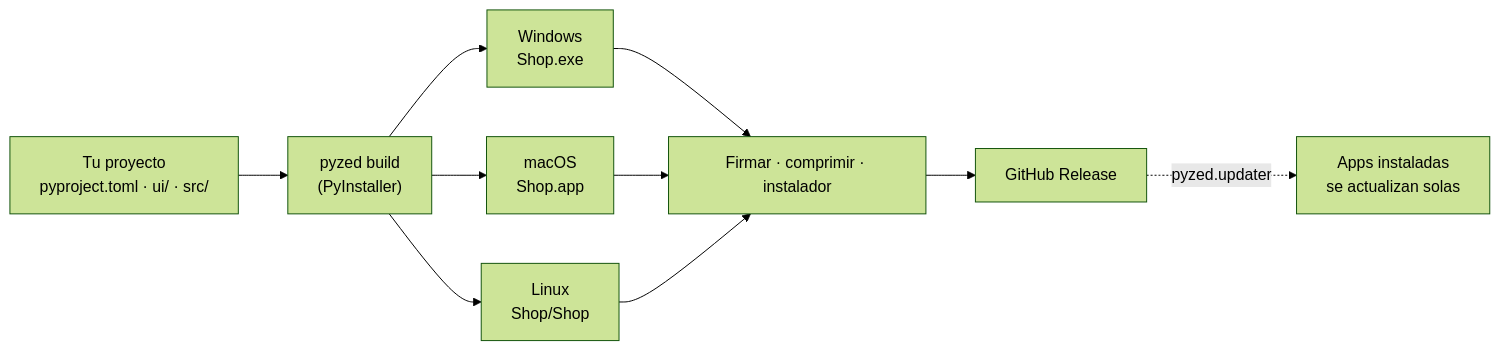
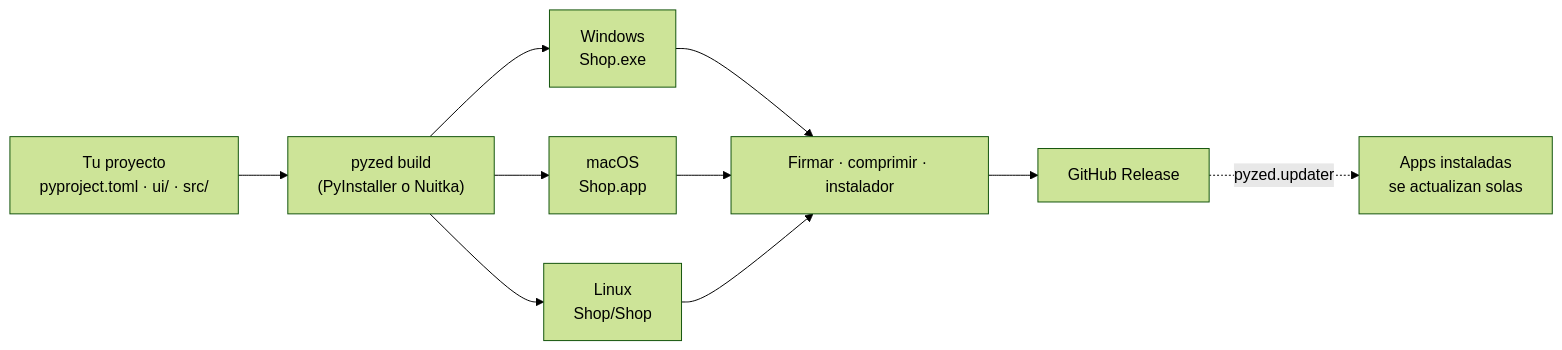
Before and after one commit to albakore/pyzed: the diagram in docs/src/content/docs/es/packaging/index.mdx, drawn with Mermaid (forest theme). The commit also changed other lines of this file and 29 other files, not shown here.

````diff
--- a/docs/src/content/docs/es/packaging/index.mdx
+++ b/docs/src/content/docs/es/packaging/index.mdx
@@ -47,12 +48,12 @@
 ```mermaid
 flowchart LR
-    P["Tu proyecto<br/>pyproject.toml · ui/ · src/"] --> B["pyzed build<br/>(PyInstaller)"]
+    P["Tu proyecto<br/>pyproject.toml · ui/ · src/"] --> B["pyzed build<br/>(PyInstaller o Nuitka)"]
     B --> W["Windows<br/>Shop.exe"]
     B --> M["macOS<br/>Shop.app"]
     B --> L["Linux<br/>Shop/Shop"]
     W --> S["Firmar · comprimir · instalador"]
     M --> S
     L --> S
     S --> R["GitHub Release"]
     R -. "pyzed.updater" .-> U["Apps instaladas<br/>se actualizan solas"]
 ```
````
